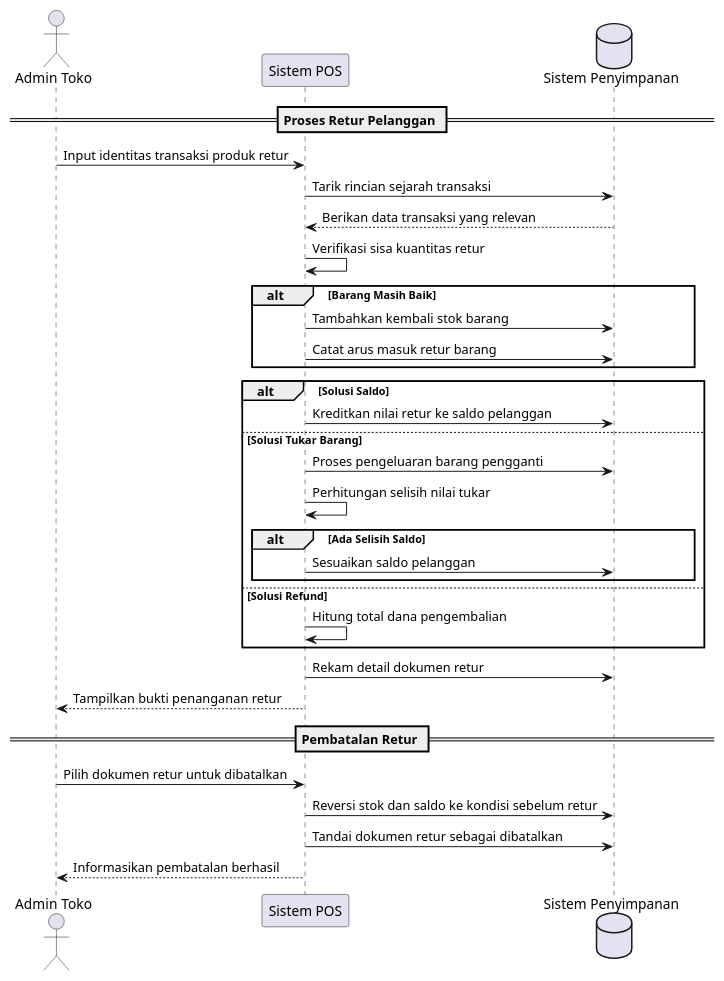
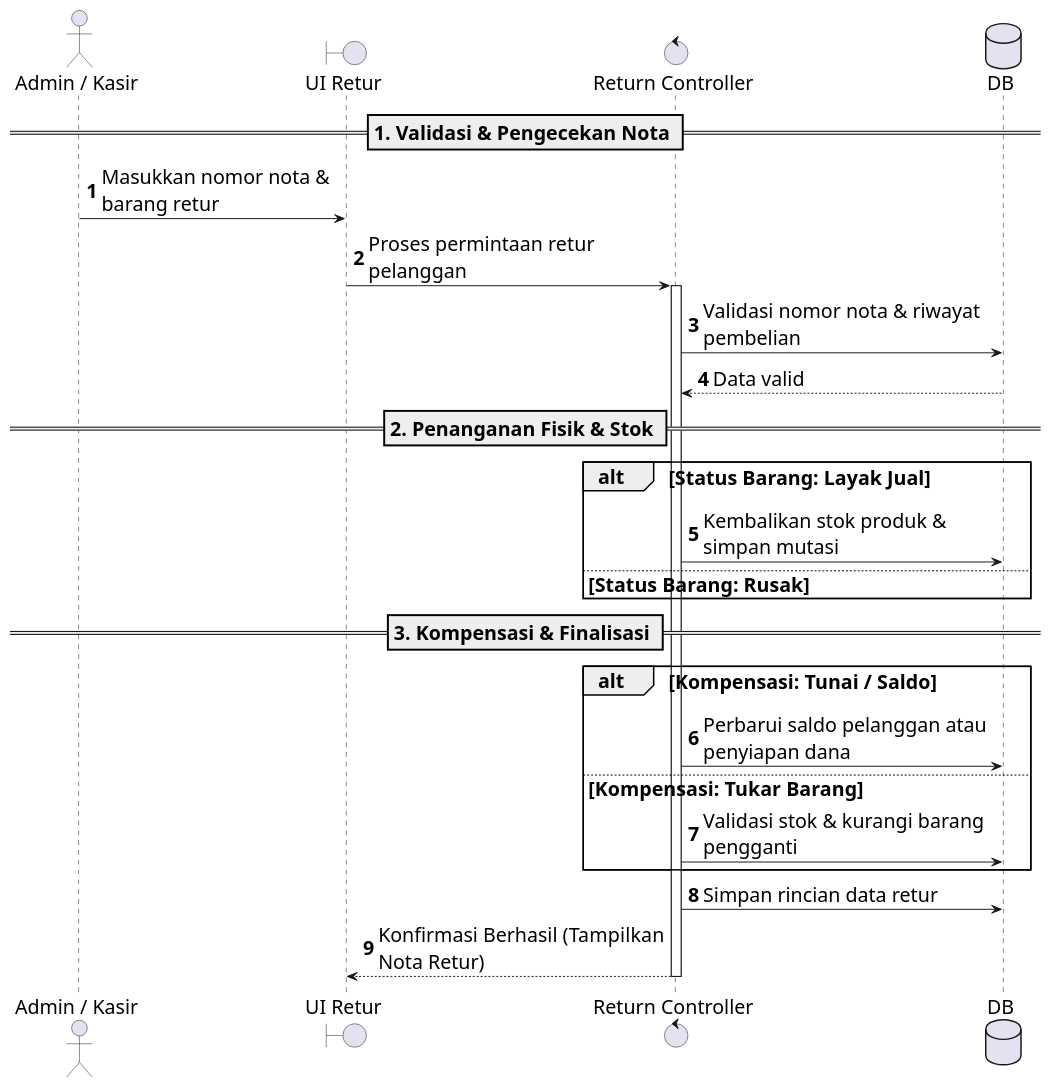
The diagram in docs/uml-sequence-return.puml (Aditiarzky/pos-app), drawn with PlantUML before and after one commit. The commit also changed 75 other files, not shown here.

Commit message:
[fix] Implement sale and return status update functionality (complete/cancel)

```diff
--- a/docs/uml-sequence-return.puml
+++ b/docs/uml-sequence-return.puml
@@ -1,37 +1,38 @@
-@startuml
-actor "Admin Toko" as Admin
-participant "Sistem POS" as App
-database "Sistem Penyimpanan" as DB
+@startuml Return_Process_Sequence
+autonumber
 
-== Proses Retur Pelanggan ==
-Admin -> App: Input identitas transaksi produk retur
-App -> DB: Tarik rincian sejarah transaksi
-DB --> App: Berikan data transaksi yang relevan
-App -> App: Verifikasi sisa kuantitas retur
+skinparam BoxPadding 10
+skinparam ParticipantPadding 10
+skinparam defaultFontSize 20
+skinparam maxMessageSize 300
 
-alt Barang Masih Baik
-  App -> DB: Tambahkan kembali stok barang
-  App -> DB: Catat arus masuk retur barang
+actor "Admin / Kasir" as Admin
+boundary "UI Retur" as UI
+control "Return Controller" as Controller
+database "DB" as DB
+
+== 1. Validasi & Pengecekan Nota ==
+Admin -> UI : Masukkan nomor nota & barang retur
+UI -> Controller : Proses permintaan retur pelanggan
+activate Controller
+Controller -> DB : Validasi nomor nota & riwayat pembelian
+DB --> Controller : Data valid
+
+== 2. Penanganan Fisik & Stok ==
+alt Status Barang: Layak Jual
+    Controller -> DB : Kembalikan stok produk & simpan mutasi
+else Status Barang: Rusak
+    note right: Stok tidak dikembalikan ke inventori aktif
 end
 
-alt Solusi Saldo
-  App -> DB: Kreditkan nilai retur ke saldo pelanggan
-else Solusi Tukar Barang
-  App -> DB: Proses pengeluaran barang pengganti
-  App -> App: Perhitungan selisih nilai tukar
-  alt Ada Selisih Saldo
-    App -> DB: Sesuaikan saldo pelanggan
-  end
-else Solusi Refund
-  App -> App: Hitung total dana pengembalian
+== 3. Kompensasi & Finalisasi ==
+alt Kompensasi: Tunai / Saldo
+    Controller -> DB : Perbarui saldo pelanggan atau penyiapan dana
+else Kompensasi: Tukar Barang
+    Controller -> DB : Validasi stok & kurangi barang pengganti
 end
 
-App -> DB: Rekam detail dokumen retur
-App --> Admin: Tampilkan bukti penanganan retur
-
-== Pembatalan Retur ==
-Admin -> App: Pilih dokumen retur untuk dibatalkan
-App -> DB: Reversi stok dan saldo ke kondisi sebelum retur
-App -> DB: Tandai dokumen retur sebagai dibatalkan
-App --> Admin: Informasikan pembatalan berhasil
+Controller -> DB : Simpan rincian data retur
+Controller --> UI : Konfirmasi Berhasil (Tampilkan Nota Retur)
+deactivate Controller
 @enduml
```
